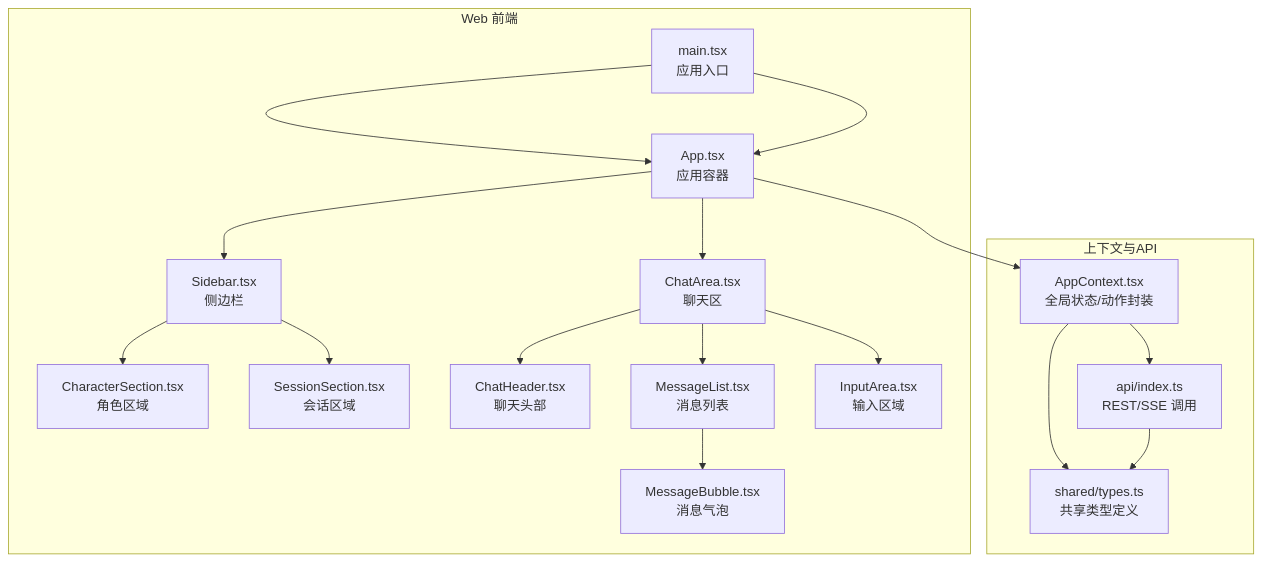
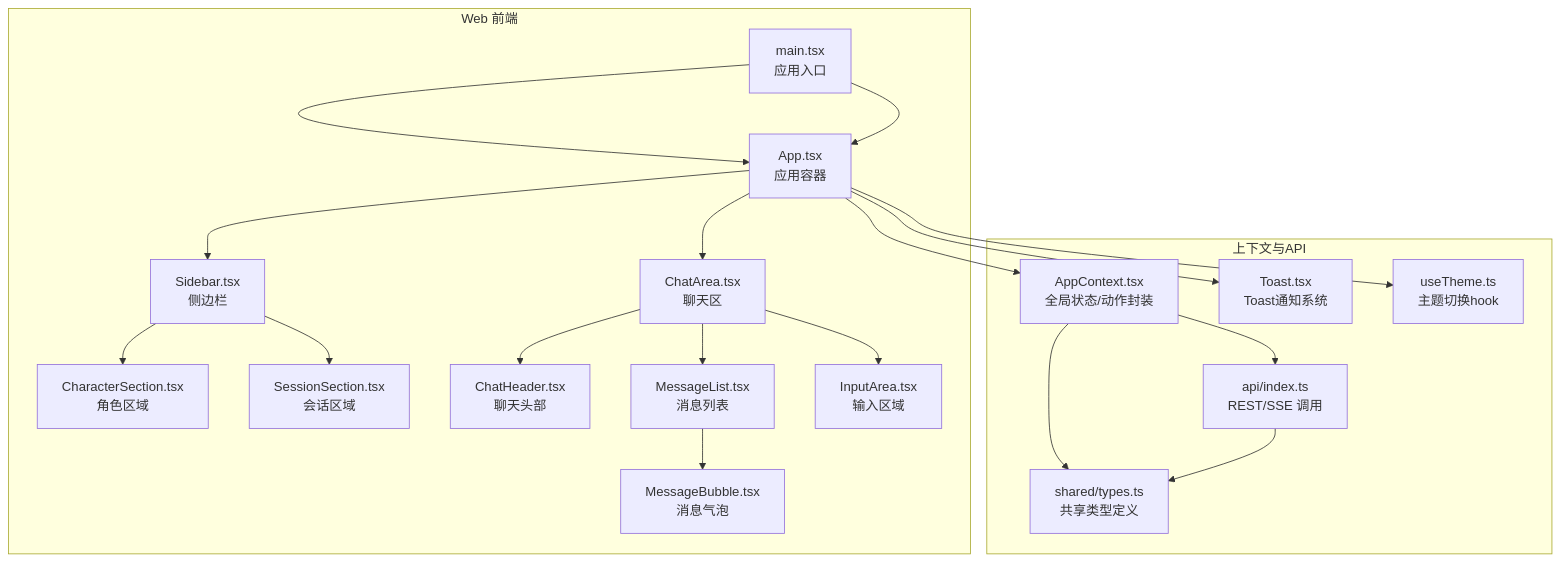
Before and after one commit to L1mingyoung/ex: the first of 9 diagrams in .qoder/repowiki/zh/content/前端应用详解/前端应用详解.md, drawn with Mermaid. The commit also changed other lines of this file and 21 other files, not shown here.

````diff
--- a/.qoder/repowiki/zh/content/前端应用详解/前端应用详解.md
+++ b/.qoder/repowiki/zh/content/前端应用详解/前端应用详解.md
@@ -40,24 +53,28 @@
 ```mermaid
 graph TB
 subgraph "Web 前端"
 A["main.tsx<br/>应用入口"] --> B["App.tsx<br/>应用容器"]
 B --> C["Sidebar.tsx<br/>侧边栏"]
 B --> D["ChatArea.tsx<br/>聊天区"]
 C --> C1["CharacterSection.tsx<br/>角色区域"]
 C --> C2["SessionSection.tsx<br/>会话区域"]
 D --> D1["ChatHeader.tsx<br/>聊天头部"]
 D --> D2["MessageList.tsx<br/>消息列表"]
 D --> D3["InputArea.tsx<br/>输入区域"]
 D2 --> D4["MessageBubble.tsx<br/>消息气泡"]
 end
 subgraph "上下文与API"
 E["AppContext.tsx<br/>全局状态/动作封装"]
 F["api/index.ts<br/>REST/SSE 调用"]
 G["shared/types.ts<br/>共享类型定义"]
+H["Toast.tsx<br/>Toast通知系统"]
+I["useTheme.ts<br/>主题切换hook"]
 end
 A --> B
 B --> E
+B --> H
+B --> I
 E --> F
 E --> G
 F --> G
 ```
````
